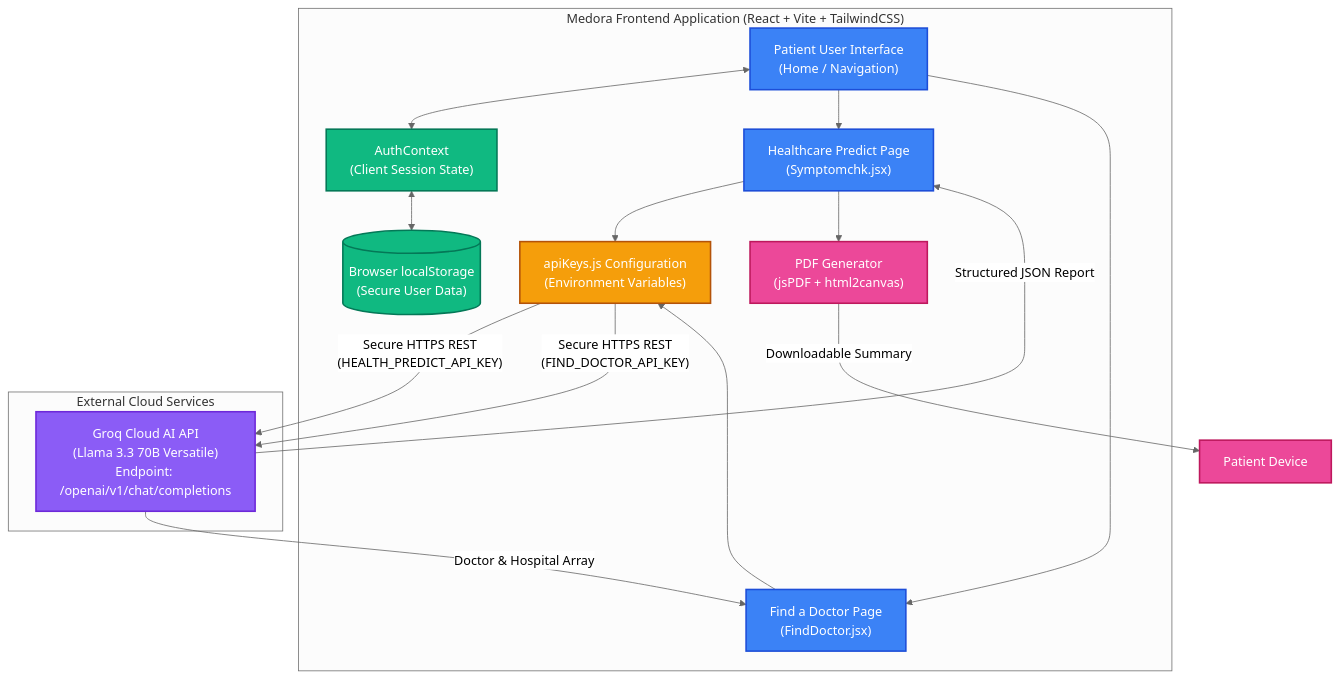
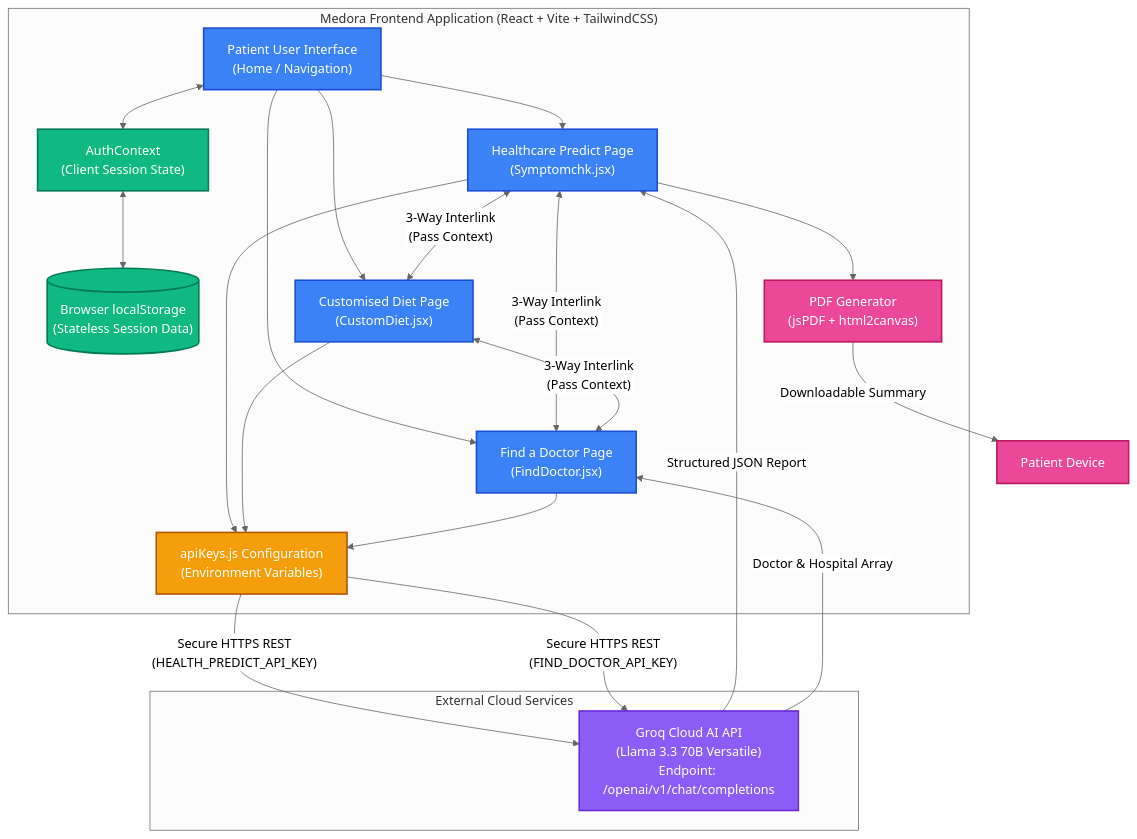
The diagram in readme.md (Apurvk28/Medora), drawn with Mermaid (neutral theme) before and after one commit. The commit also changed other lines of this file, not shown here.

Commit message:
docs(readme): update documentation with Custom Diet specs, 3-way interlinking, and Mermaid architecture diagram

````diff
--- a/readme.md
+++ b/readme.md
@@ -106,44 +109,51 @@
 ```mermaid
 graph TD
     %% Styling Definitions
     classDef frontend fill:#3b82f6,stroke:#1d4ed8,stroke-width:2px,color:#fff;
     classDef storage fill:#10b981,stroke:#047857,stroke-width:2px,color:#fff;
     classDef config fill:#f59e0b,stroke:#b45309,stroke-width:2px,color:#fff;
     classDef cloud fill:#8b5cf6,stroke:#6d28d9,stroke-width:2px,color:#fff;
     classDef export fill:#ec4899,stroke:#be185d,stroke-width:2px,color:#fff;
 
     %% Nodes
     subgraph Client ["Medora Frontend Application (React + Vite + TailwindCSS)"]
         UI["Patient User Interface<br>(Home / Navigation)"]:::frontend
         Auth["AuthContext<br>(Client Session State)"]:::storage
-        LocalStore[("Browser localStorage<br>(Secure User Data)")]:::storage
+        LocalStore[("Browser localStorage<br>(Stateless Session Data)")]:::storage
         
         Predict["Healthcare Predict Page<br>(Symptomchk.jsx)"]:::frontend
+        Diet["Customised Diet Page<br>(CustomDiet.jsx)"]:::frontend
         Doctor["Find a Doctor Page<br>(FindDoctor.jsx)"]:::frontend
         
         Config["apiKeys.js Configuration<br>(Environment Variables)"]:::config
         PDF["PDF Generator<br>(jsPDF + html2canvas)"]:::export
     end
 
     subgraph External ["External Cloud Services"]
         Groq["Groq Cloud AI API<br>(Llama 3.3 70B Versatile)<br>Endpoint: /openai/v1/chat/completions"]:::cloud
     end
 
     %% Connections
     UI <--> Auth
     Auth <--> LocalStore
     UI --> Predict
+    UI --> Diet
     UI --> Doctor
     
+    Predict <-->|"3-Way Interlink<br>(Pass Context)"| Doctor
+    Predict <-->|"3-Way Interlink<br>(Pass Context)"| Diet
+    Diet <-->|"3-Way Interlink<br>(Pass Context)"| Doctor
+    
     Predict --> Config
+    Diet --> Config
     Doctor --> Config
     
     Config -- "Secure HTTPS REST<br>(HEALTH_PREDICT_API_KEY)" --> Groq
     Config -- "Secure HTTPS REST<br>(FIND_DOCTOR_API_KEY)" --> Groq
     
     Groq -- "Structured JSON Report" --> Predict
     Groq -- "Doctor & Hospital Array" --> Doctor
     
     Predict --> PDF
     PDF -- "Downloadable Summary" --> Patient["Patient Device"]:::export
 ```
````
